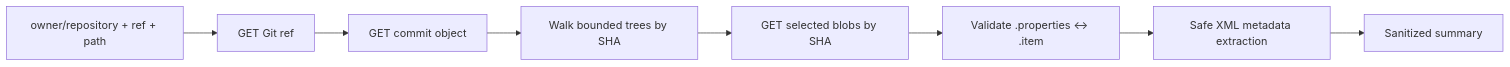
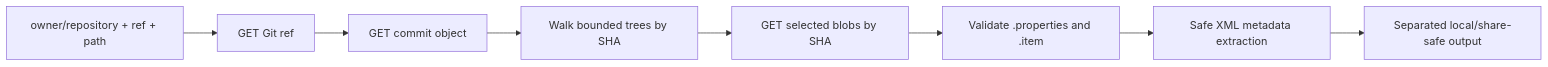
One commit to emrekaany/talend-cloud-github-api-starter changed the diagram in docs/github-api.md. Above: the diagram before and after it, drawn with Mermaid. The commit also changed other lines of this file and 44 other files, not shown here.

````diff
--- a/docs/github-api.md
+++ b/docs/github-api.md
@@ -19,10 +19,10 @@
 ```mermaid
 flowchart LR
     INPUT["owner/repository + ref + path"] --> REF["GET Git ref"]
     REF --> COMMIT["GET commit object"]
     COMMIT --> TREE["Walk bounded trees by SHA"]
     TREE --> BLOBS["GET selected blobs by SHA"]
-    BLOBS --> PAIR["Validate .properties ↔ .item"]
+    BLOBS --> PAIR["Validate .properties and .item"]
     PAIR --> PARSE["Safe XML metadata extraction"]
-    PARSE --> OUT["Sanitized summary"]
+    PARSE --> OUT["Separated local/share-safe output"]
 ```
````
